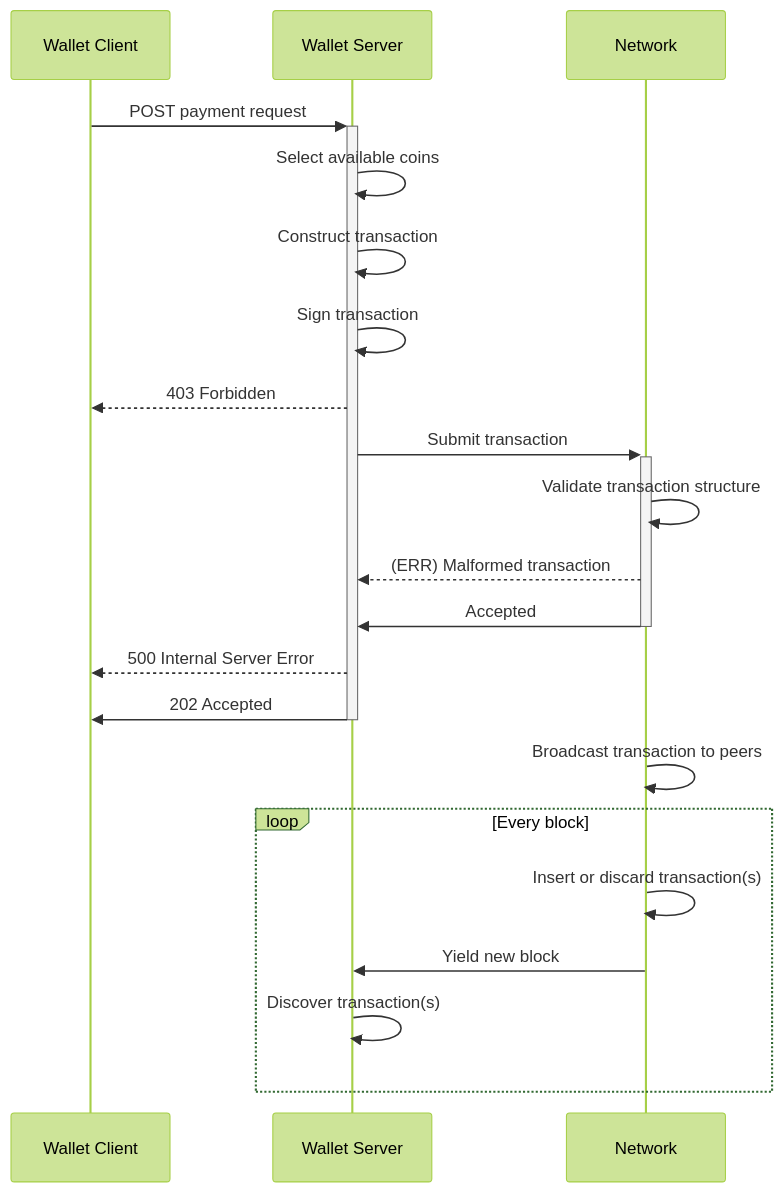
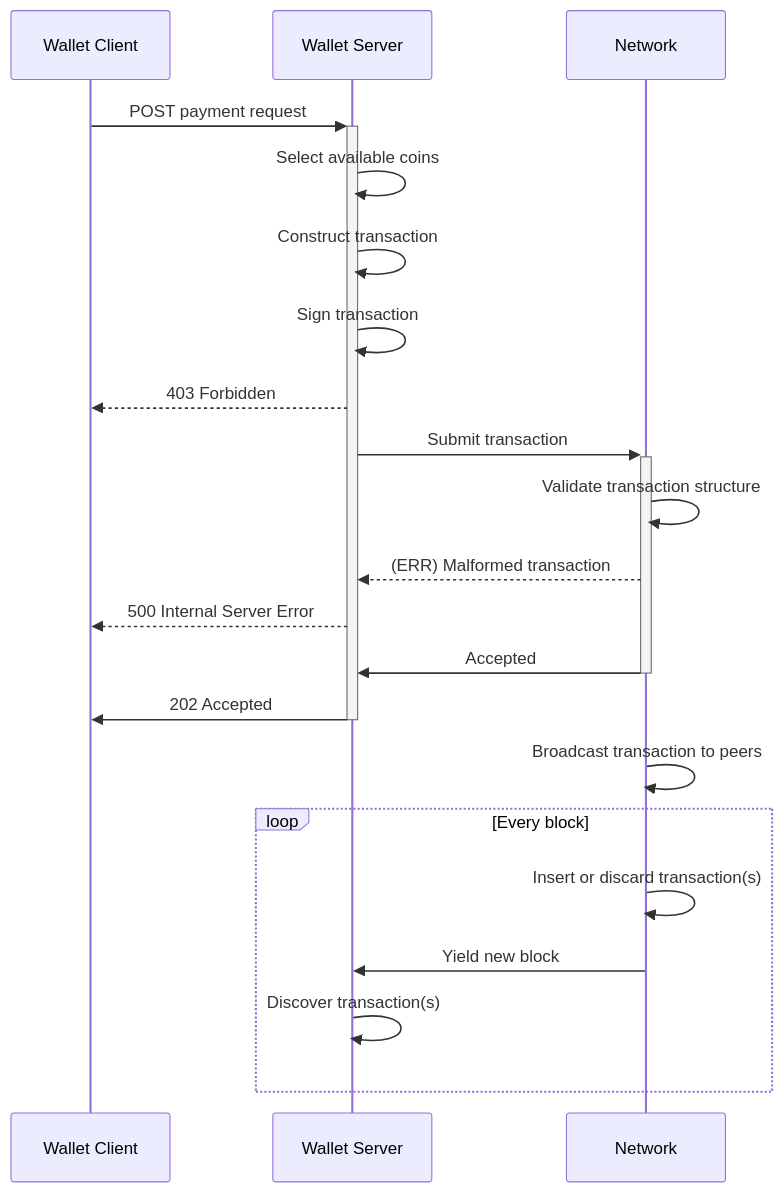
The second of 2 diagrams in docs/concepts/transaction-lifecycle.md (cardano-foundation/cardano-wallet), drawn with Mermaid before and after one commit. The commit also changed other lines of this file and 6 other files, not shown here.

````diff
--- a/docs/concepts/transaction-lifecycle.md
+++ b/docs/concepts/transaction-lifecycle.md
@@ -37,28 +44,27 @@
 ```mermaid
-%%{init: {'theme': 'forest' } }%%
 sequenceDiagram
   participant Wallet Client
   participant Wallet Server
   participant Network
 
   Wallet Client ->>+ Wallet Server: POST payment request
   Wallet Server ->> Wallet Server: Select available coins
   Wallet Server ->> Wallet Server: Construct transaction
   Wallet Server ->> Wallet Server: Sign transaction
   Wallet Server -->> Wallet Client: 403 Forbidden
   Wallet Server ->>+ Network: Submit transaction
 
   Network ->> Network: Validate transaction structure
   Network -->> Wallet Server: (ERR) Malformed transaction
+  Wallet Server -->> Wallet Client: 500 Internal Server Error
+
   Network ->>- Wallet Server: Accepted
-
-  Wallet Server -->> Wallet Client: 500 Internal Server Error
   Wallet Server ->>- Wallet Client: 202 Accepted
 
   Network ->> Network: Broadcast transaction to peers
   loop Every block
       Network ->> Network: Insert or discard transaction(s)
       Network ->> Wallet Server: Yield new block
       Wallet Server ->> Wallet Server: Discover transaction(s)
   end
 ```
````
